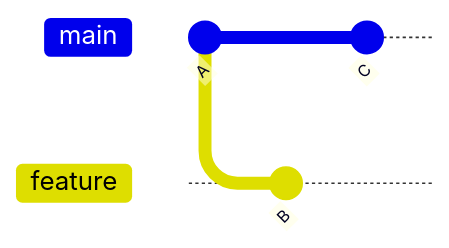
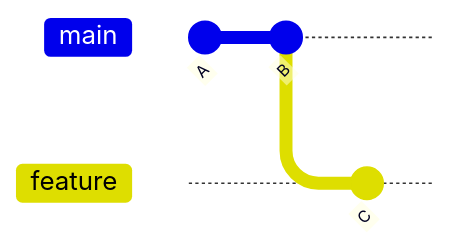
The third of 18 diagrams in slides/01-git.md (p-fruck/lecture-se2), drawn with Mermaid before and after one commit. The commit also changed other lines of this file, not shown here.

````diff
--- a/slides/01-git.md
+++ b/slides/01-git.md
@@ -99,8 +189,7 @@
-```mermaid +render
+```mermaid
 gitGraph
    commit id: "A"
+   commit id: "B"
    branch feature
-   commit id: "B"
-   checkout main
    commit id: "C"
 ```
````
